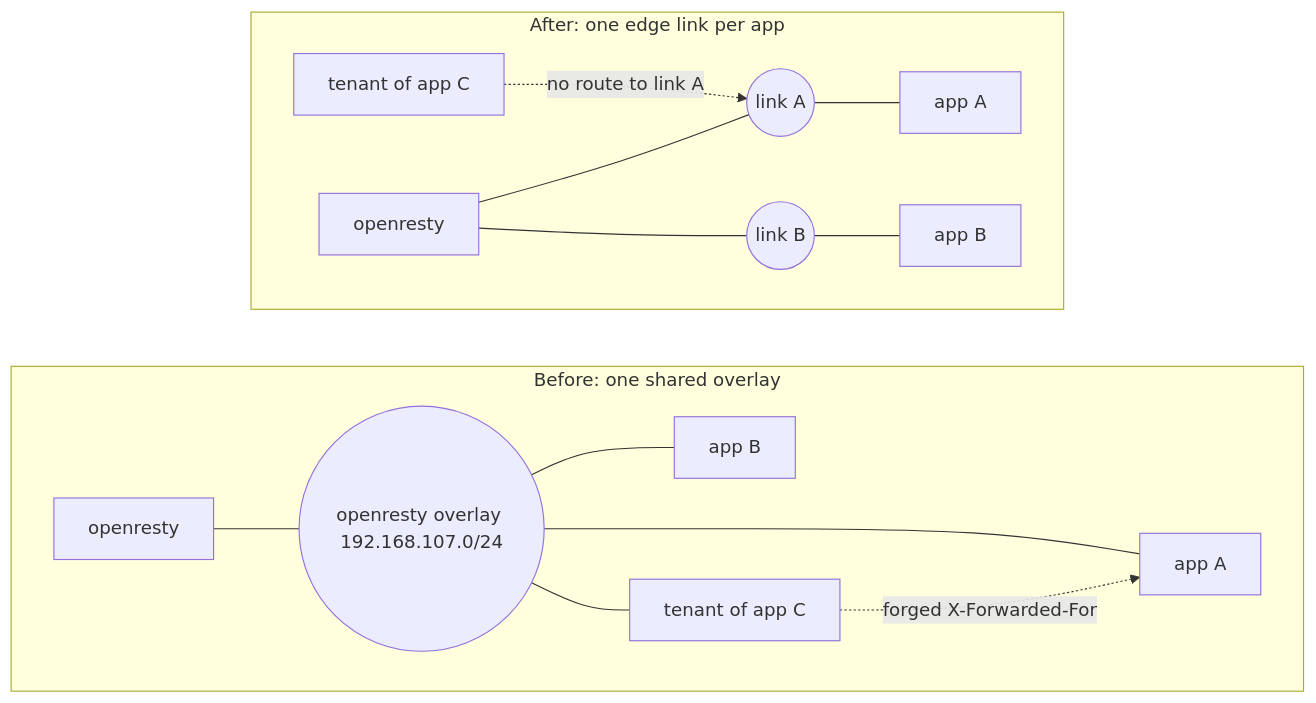
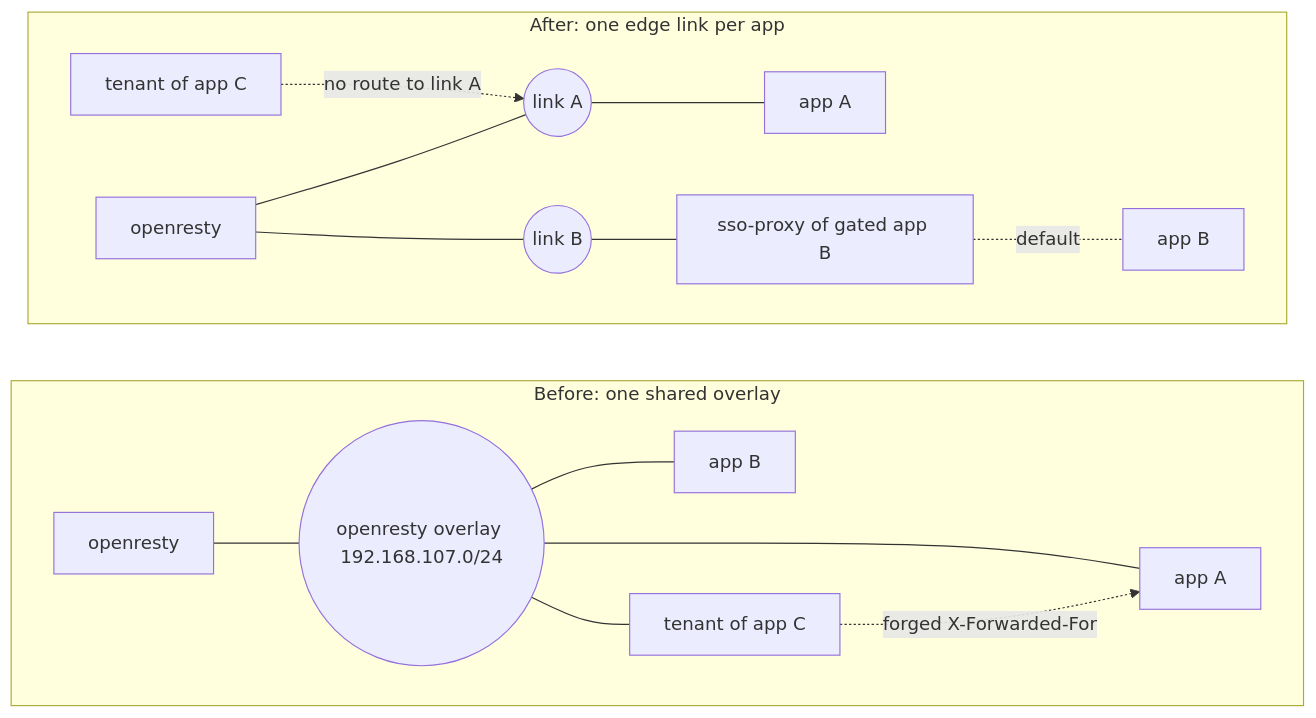
Before and after one commit to infinito-nexus/core: the diagram in docs/requirements/071-swarm-edge-overlay.md, drawn with Mermaid. The commit also changed other lines of this file, not shown here.

````diff
--- a/docs/requirements/071-swarm-edge-overlay.md
+++ b/docs/requirements/071-swarm-edge-overlay.md
@@ -33,19 +40,20 @@
 ```mermaid
 flowchart LR
     subgraph before["Before: one shared overlay"]
         direction LR
         P1[openresty] --- O1((openresty overlay 192.168.107.0/24))
         O1 --- A1[app A]
         O1 --- B1[app B]
         O1 --- C1[tenant of app C]
         C1 -. forged X-Forwarded-For .-> A1
     end
     subgraph after["After: one edge link per app"]
         direction LR
         P2[openresty] --- LA((link A))
         P2 --- LB((link B))
         LA --- A2[app A]
-        LB --- B2[app B]
+        LB --- S2[sso-proxy of gated app B]
+        S2 -. default .- B2[app B]
         C2[tenant of app C] -. no route to link A .-> LA
     end
 ```
````
